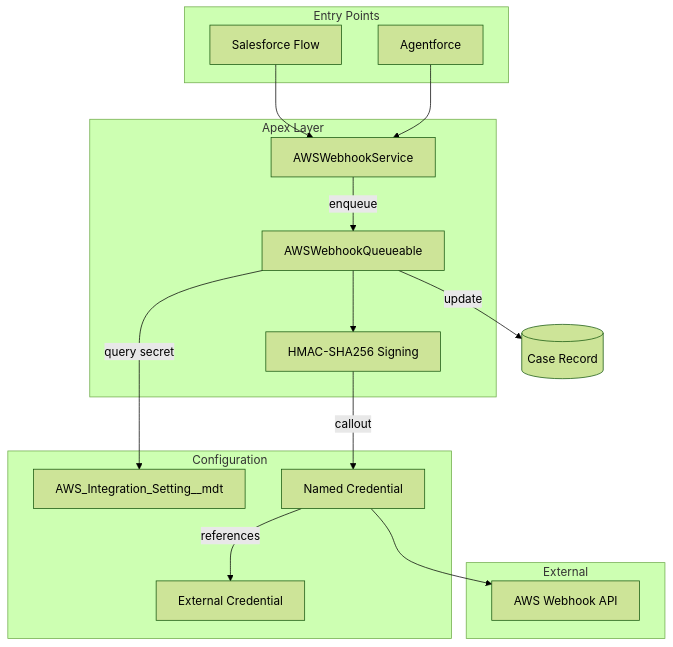
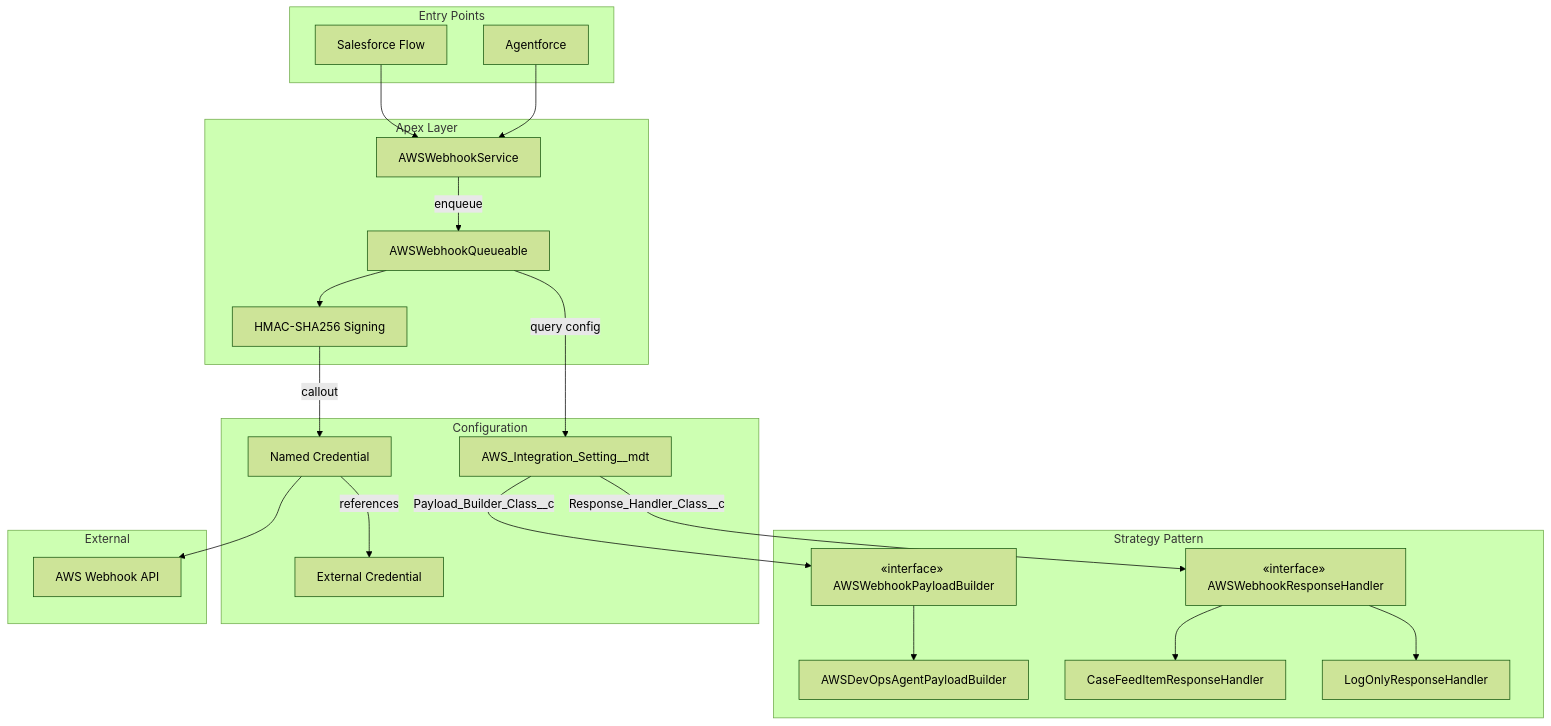
The diagram in README.md (rduranSFDC/salesforce-aws-webhook), drawn with Mermaid (forest theme) before and after one commit. The commit also changed other lines of this file and 20 other files, not shown here.

````diff
--- a/README.md
+++ b/README.md
@@ -7,33 +7,45 @@
 ```mermaid
 flowchart TD
     subgraph trigger [Entry Points]
         Flow[Salesforce Flow]
         Agentforce[Agentforce]
     end
-    
+
     subgraph apex [Apex Layer]
         Invocable[AWSWebhookService]
         Queueable[AWSWebhookQueueable]
         Crypto[HMAC-SHA256 Signing]
     end
-    
+
+    subgraph strategy [Strategy Pattern]
+        BuilderIF["&laquo;interface&raquo; AWSWebhookPayloadBuilder"]
+        HandlerIF["&laquo;interface&raquo; AWSWebhookResponseHandler"]
+        DevOpsBuilder[AWSDevOpsAgentPayloadBuilder]
+        FeedHandler[CaseFeedItemResponseHandler]
+        LogHandler[LogOnlyResponseHandler]
+    end
+
     subgraph config [Configuration]
         CMT[AWS_Integration_Setting__mdt]
         NC[Named Credential]
         EC[External Credential]
     end
-    
+
     subgraph external [External]
         AWS[AWS Webhook API]
     end
-    
+
     Flow --> Invocable
     Agentforce --> Invocable
     Invocable -->|enqueue| Queueable
-    Queueable -->|query secret| CMT
+    Queueable -->|query config| CMT
+    CMT -->|Payload_Builder_Class__c| BuilderIF
+    CMT -->|Response_Handler_Class__c| HandlerIF
+    BuilderIF --> DevOpsBuilder
+    HandlerIF --> FeedHandler
+    HandlerIF --> LogHandler
     Queueable --> Crypto
     Crypto -->|callout| NC
     NC -->|references| EC
     NC --> AWS
-    Queueable -->|update| SFDC[(Case Record)]
 ```
````
